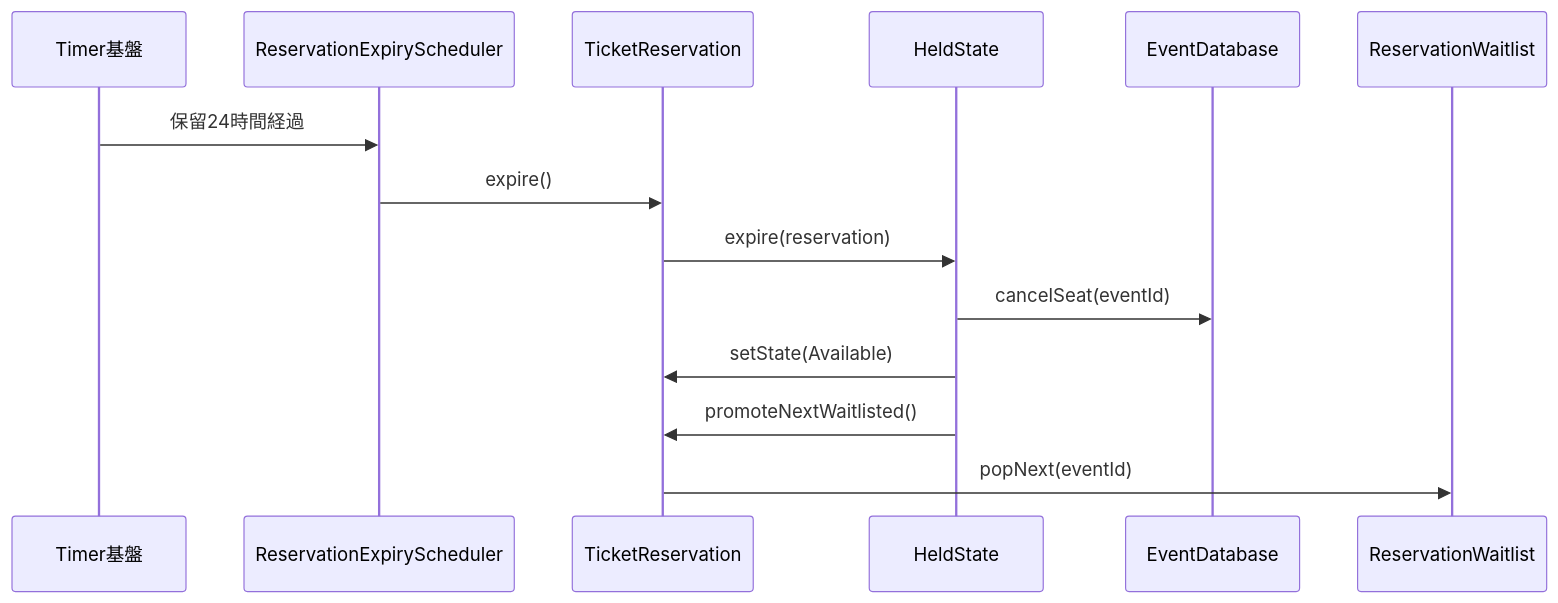
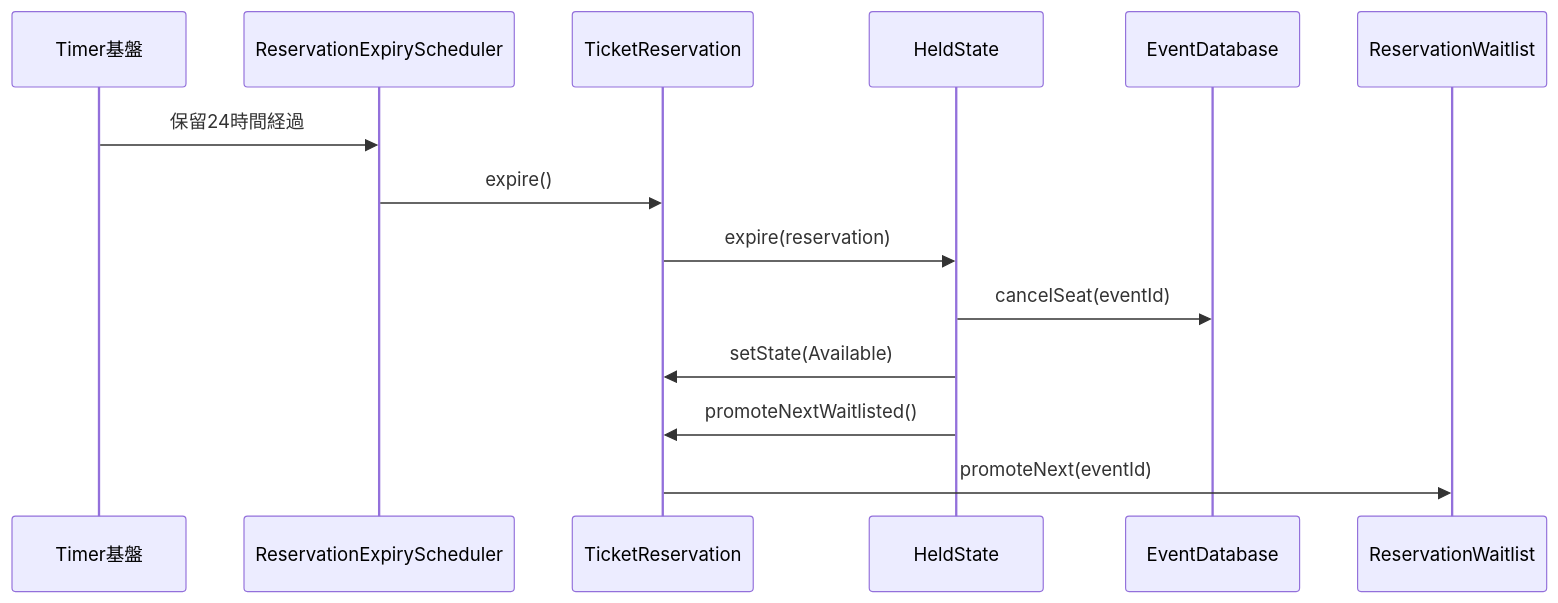
One commit to kumachan1101-pixel/DesignPattern changed diagram 22 of 24 in kindle/design-patterns/books/volume01-core-patterns/output/04-chapter02.md. Above: the diagram before and after it, drawn with Mermaid. The commit also changed other lines of this file and 17 other files, not shown here.

````diff
--- a/kindle/design-patterns/books/volume01-core-patterns/output/04-chapter02.md
+++ b/kindle/design-patterns/books/volume01-core-patterns/output/04-chapter02.md
@@ -1891,17 +2059,17 @@
 ```mermaid
 sequenceDiagram
     participant Timer as Timer基盤
     participant S as ReservationExpiryScheduler
     participant C as TicketReservation
     participant H as HeldState
     participant DB as EventDatabase
     participant WQ as ReservationWaitlist
 
     Timer->>S: 保留24時間経過
     S->>C: expire()
     C->>H: expire(reservation)
     H->>DB: cancelSeat(eventId)
     H->>C: setState(Available)
     H->>C: promoteNextWaitlisted()
-    C->>WQ: popNext(eventId)
+    C->>WQ: promoteNext(eventId)
 ```
````
